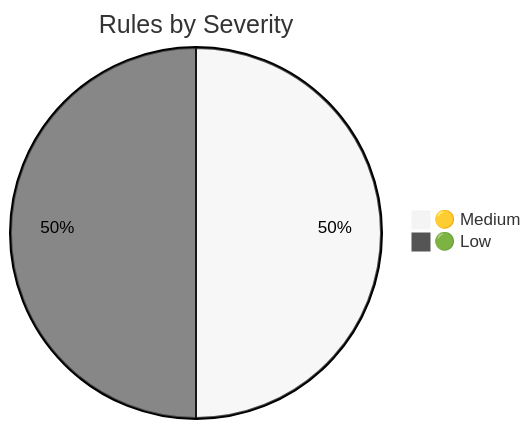
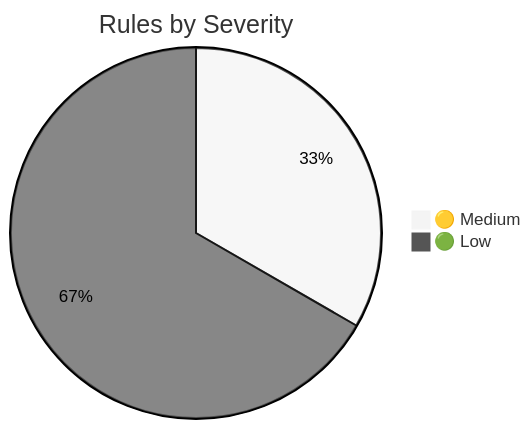
One commit to martonbence/Detection-Engineering changed the second of 3 diagrams in README.md. Above: the diagram before and after it, drawn with Mermaid (neutral theme). The commit also changed other lines of this file and 4 other files, not shown here.

````diff
--- a/README.md
+++ b/README.md
@@ -17,5 +18,5 @@
 ```mermaid
 pie title Rules by Severity
     "🟡 Medium" : 1
-    "🟢 Low" : 1
+    "🟢 Low" : 2
 ```
````
